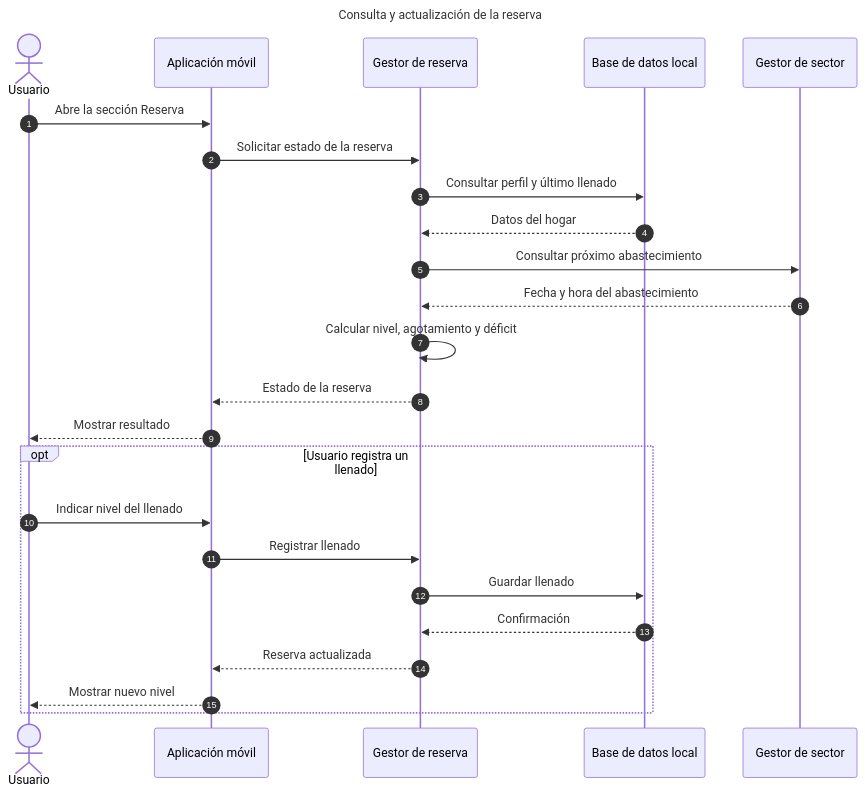
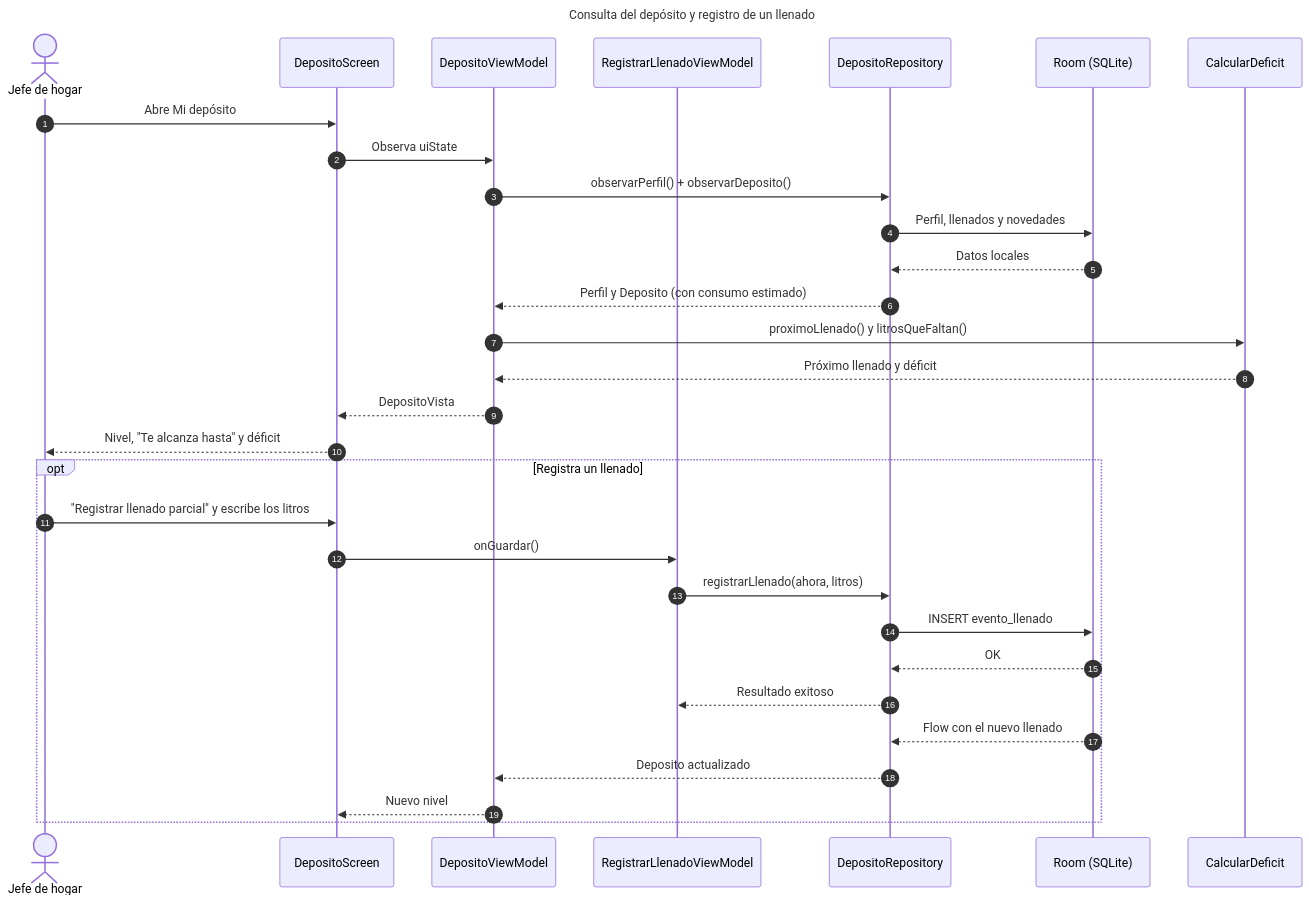
Before and after one commit to IkerASierraR/AguardApp: the eighth of 9 diagrams in informes/FD03-SRS.md, drawn with Mermaid. The commit also changed other lines of this file and 2 other files, not shown here.

````diff
--- a/informes/FD03-SRS.md
+++ b/informes/FD03-SRS.md
@@ -534,30 +396,36 @@
 ```mermaid
 ---
-title: Consulta y actualización de la reserva
+title: Consulta del depósito y registro de un llenado
 ---
 sequenceDiagram
     autonumber
-    actor U as Usuario
-    participant APP as Aplicación móvil
-    participant GR as Gestor de reserva
-    participant DB as Base de datos local
-    participant GS as Gestor de sector
+    actor U as Jefe de hogar
+    participant S as DepositoScreen
+    participant VM as DepositoViewModel
+    participant RL as RegistrarLlenadoViewModel
+    participant R as DepositoRepository
+    participant DB as Room (SQLite)
+    participant D as CalcularDeficit
 
-    U->>APP: Abre la sección Reserva
-    APP->>GR: Solicitar estado de la reserva
-    GR->>DB: Consultar perfil y último llenado
-    DB-->>GR: Datos del hogar
-    GR->>GS: Consultar próximo abastecimiento
-    GS-->>GR: Fecha y hora del abastecimiento
-    GR->>GR: Calcular nivel, agotamiento y déficit
-    GR-->>APP: Estado de la reserva
-    APP-->>U: Mostrar resultado
-    opt Usuario registra un llenado
-        U->>APP: Indicar nivel del llenado
-        APP->>GR: Registrar llenado
-        GR->>DB: Guardar llenado
-        DB-->>GR: Confirmación
-        GR-->>APP: Reserva actualizada
-        APP-->>U: Mostrar nuevo nivel
+    U->>S: Abre Mi depósito
+    S->>VM: Observa uiState
+    VM->>R: observarPerfil() + observarDeposito()
+    R->>DB: Perfil, llenados y novedades
+    DB-->>R: Datos locales
+    R-->>VM: Perfil y Deposito (con consumo estimado)
+    VM->>D: proximoLlenado() y litrosQueFaltan()
+    D-->>VM: Próximo llenado y déficit
+    VM-->>S: DepositoVista
+    S-->>U: Nivel, "Te alcanza hasta" y déficit
+    opt Registra un llenado
+        U->>S: "Registrar llenado parcial" y escribe los litros
+        S->>RL: onGuardar()
+        RL->>R: registrarLlenado(ahora, litros)
+        R->>DB: INSERT evento_llenado
+        DB-->>R: OK
+        R-->>RL: Resultado exitoso
+        DB-->>R: Flow con el nuevo llenado
+        R-->>VM: Deposito actualizado
+        VM-->>S: Nuevo nivel
     end
 ```
````
